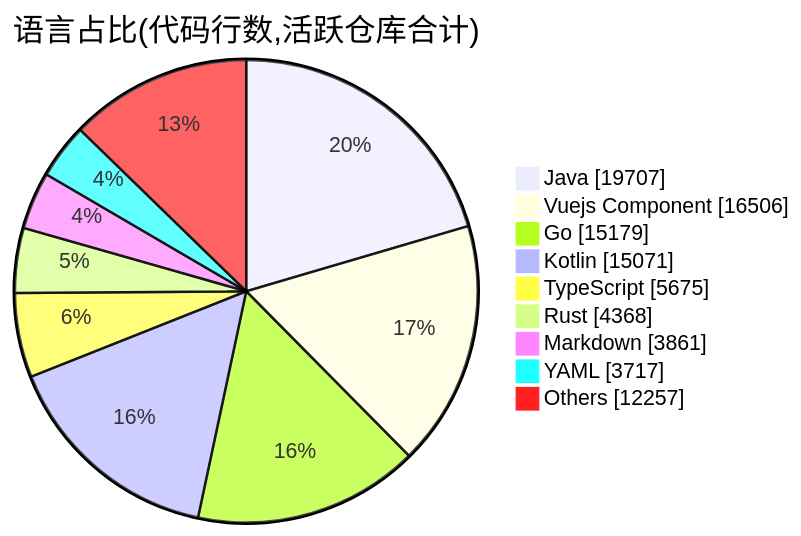
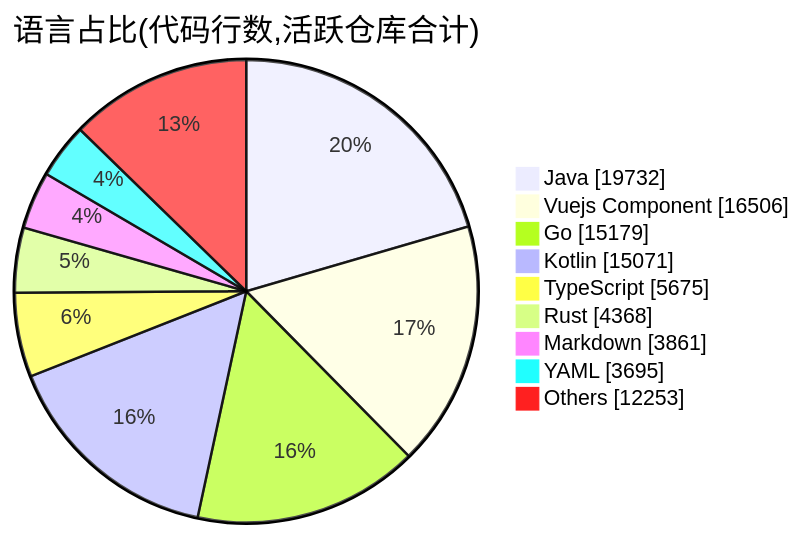
One commit to Conflux-Union/.github changed the second of 2 diagrams in profile/README.md. Above: the diagram before and after it, drawn with Mermaid. The commit also changed other lines of this file and 1 other file, not shown here.

````diff
--- a/profile/README.md
+++ b/profile/README.md
@@ -74,13 +74,13 @@
 ```mermaid
 pie showData
     title 语言占比(代码行数,活跃仓库合计)
-    "Java" : 19707
+    "Java" : 19732
     "Vuejs Component" : 16506
     "Go" : 15179
     "Kotlin" : 15071
     "TypeScript" : 5675
     "Rust" : 4368
     "Markdown" : 3861
-    "YAML" : 3717
-    "Others" : 12257
+    "YAML" : 3695
+    "Others" : 12253
 ```
````
